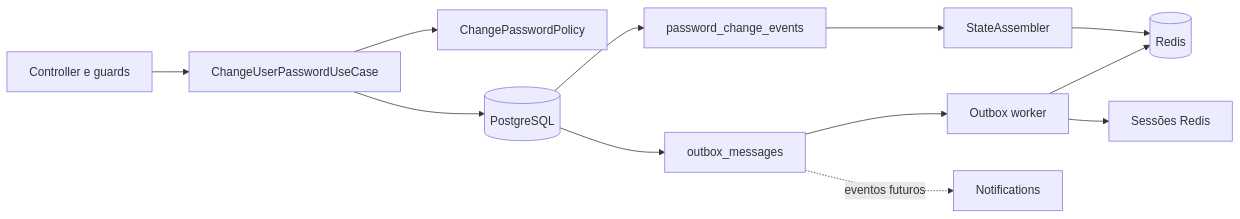
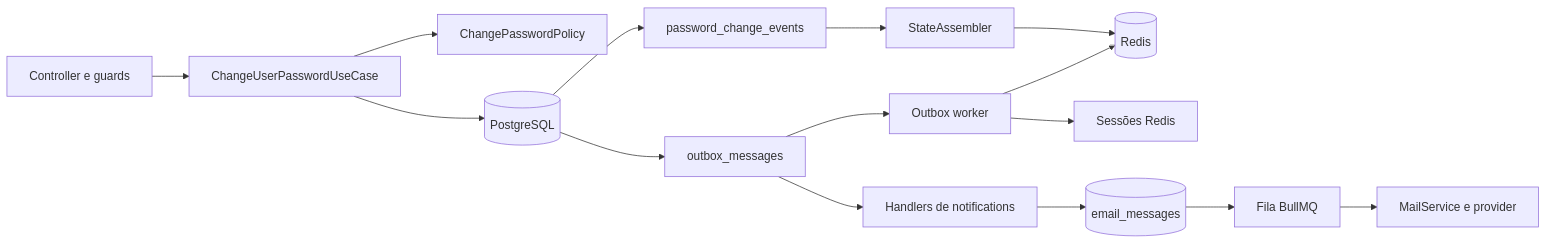
One commit to danzSTK/personal-finance-backend changed the diagram in docs/auth/change-password/architecture.md. Above: the diagram before and after it, drawn with Mermaid. The commit also changed other lines of this file and 19 other files, not shown here.

````diff
--- a/docs/auth/change-password/architecture.md
+++ b/docs/auth/change-password/architecture.md
@@ -20,14 +20,17 @@
 ```mermaid
 flowchart LR
   HTTP[Controller e guards] --> UC[ChangeUserPasswordUseCase]
   UC --> Policy[ChangePasswordPolicy]
   UC --> PG[(PostgreSQL)]
   PG --> Events[password_change_events]
   PG --> Outbox[outbox_messages]
   Events --> Assembler[StateAssembler]
   Assembler --> Redis[(Redis)]
   Outbox --> Worker[Outbox worker]
   Worker --> Redis
   Worker --> Sessions[Sessões Redis]
-  Outbox -. eventos futuros .-> Notifications[Notifications]
+  Outbox --> Notifications[Handlers de notifications]
+  Notifications --> EmailMessages[(email_messages)]
+  EmailMessages --> Queue[Fila BullMQ]
+  Queue --> Mail[MailService e provider]
 ```
````
